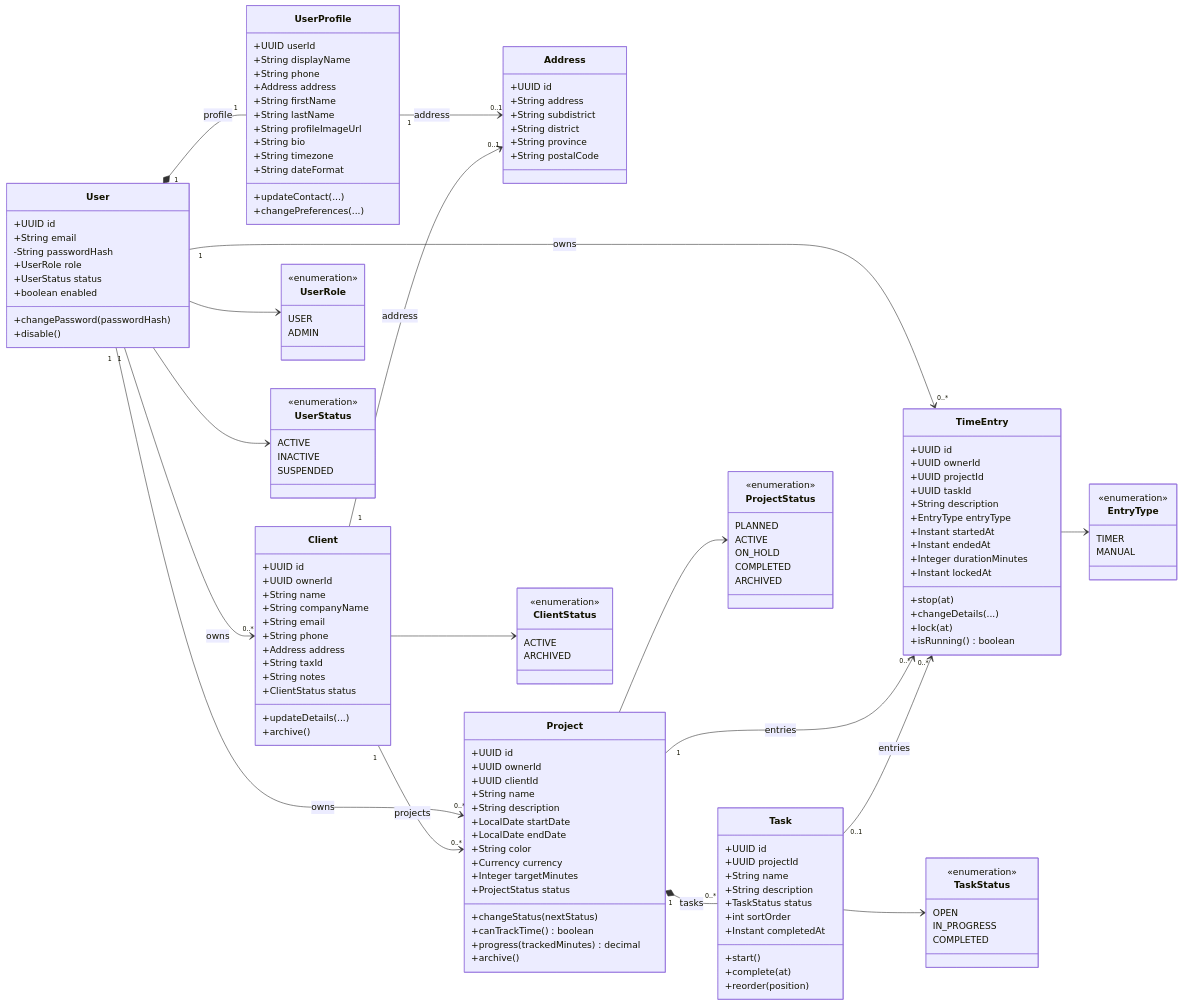
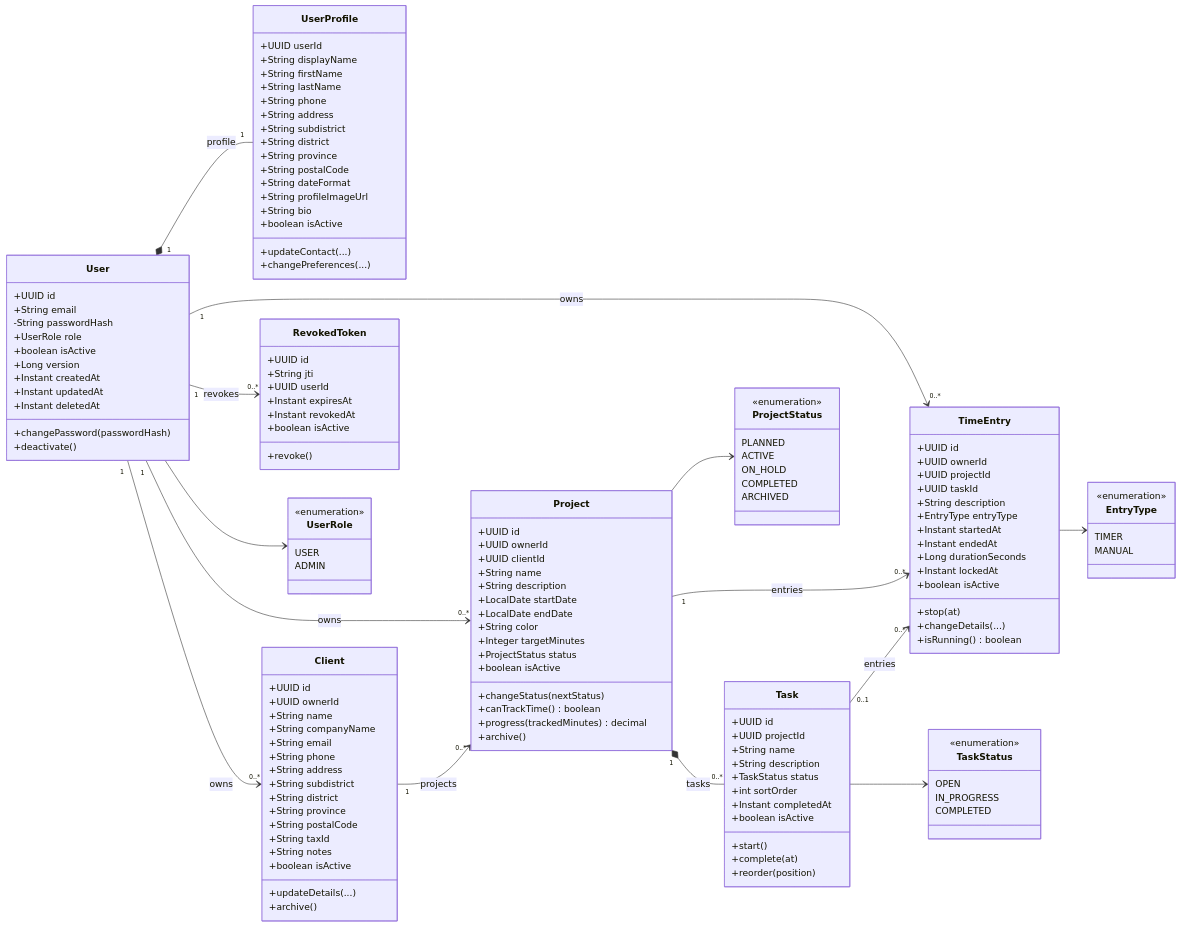
Before and after one commit to lillianxhub/freelance-hub: the diagram in doc/diagrams/class-diagram.md, drawn with Mermaid. The commit also changed other lines of this file and 13 other files, not shown here.

```diff
--- a/doc/diagrams/class-diagram.md
+++ b/doc/diagrams/class-diagram.md
@@ -17,32 +13,31 @@
         +String email
         -String passwordHash
         +UserRole role
-        +UserStatus status
-        +boolean enabled
+        +boolean isActive
+        +Long version
+        +Instant createdAt
+        +Instant updatedAt
+        +Instant deletedAt
         +changePassword(passwordHash)
-        +disable()
+        +deactivate()
     }
     class UserProfile {
         +UUID userId
         +String displayName
-        +String phone
-        +Address address
         +String firstName
         +String lastName
-        +String profileImageUrl
-        +String bio
-        +String timezone
-        +String dateFormat
-        +updateContact(...)
-        +changePreferences(...)
-    }
-    class Address {
-        +UUID id
+        +String phone
         +String address
         +String subdistrict
         +String district
         +String province
         +String postalCode
+        +String dateFormat
+        +String profileImageUrl
+        +String bio
+        +boolean isActive
+        +updateContact(...)
+        +changePreferences(...)
     }
     class Client {
         +UUID id
@@ -51,10 +46,14 @@
         +String companyName
         +String email
         +String phone
-        +Address address
+        +String address
+        +String subdistrict
+        +String district
+        +String province
+        +String postalCode
         +String taxId
         +String notes
-        +ClientStatus status
+        +boolean isActive
         +updateDetails(...)
         +archive()
     }
@@ -67,9 +66,9 @@
         +LocalDate startDate
         +LocalDate endDate
         +String color
-        +Currency currency
         +Integer targetMinutes
         +ProjectStatus status
+        +boolean isActive
         +changeStatus(nextStatus)
         +canTrackTime() boolean
         +progress(trackedMinutes) decimal
@@ -83,6 +82,7 @@
         +TaskStatus status
         +int sortOrder
         +Instant completedAt
+        +boolean isActive
         +start()
         +complete(at)
         +reorder(position)
@@ -96,28 +96,26 @@
         +EntryType entryType
         +Instant startedAt
         +Instant endedAt
-        +Integer durationMinutes
+        +Long durationSeconds
         +Instant lockedAt
+        +boolean isActive
         +stop(at)
         +changeDetails(...)
-        +lock(at)
         +isRunning() boolean
+    }
+    class RevokedToken {
+        +UUID id
+        +String jti
+        +UUID userId
+        +Instant expiresAt
+        +Instant revokedAt
+        +boolean isActive
+        +revoke()
     }
     class UserRole {
         <<enumeration>>
         USER
         ADMIN
-    }
-    class UserStatus {
-        <<enumeration>>
-        ACTIVE
-        INACTIVE
-        SUSPENDED
-    }
-    class ClientStatus {
-        <<enumeration>>
-        ACTIVE
-        ARCHIVED
     }
     class ProjectStatus {
         <<enumeration>>
@@ -140,18 +138,15 @@
     }
 
     User "1" *-- "1" UserProfile : profile
-    UserProfile "1" --> "0..1" Address : address
     User "1" --> "0..*" Client : owns
-    Client "1" --> "0..1" Address : address
     User "1" --> "0..*" Project : owns
     User "1" --> "0..*" TimeEntry : owns
+    User "1" --> "0..*" RevokedToken : revokes
     Client "1" --> "0..*" Project : projects
     Project "1" *-- "0..*" Task : tasks
     Project "1" --> "0..*" TimeEntry : entries
     Task "0..1" --> "0..*" TimeEntry : entries
     User --> UserRole
-    User --> UserStatus
-    Client --> ClientStatus
     Project --> ProjectStatus
     Task --> TaskStatus
     TimeEntry --> EntryType
```
